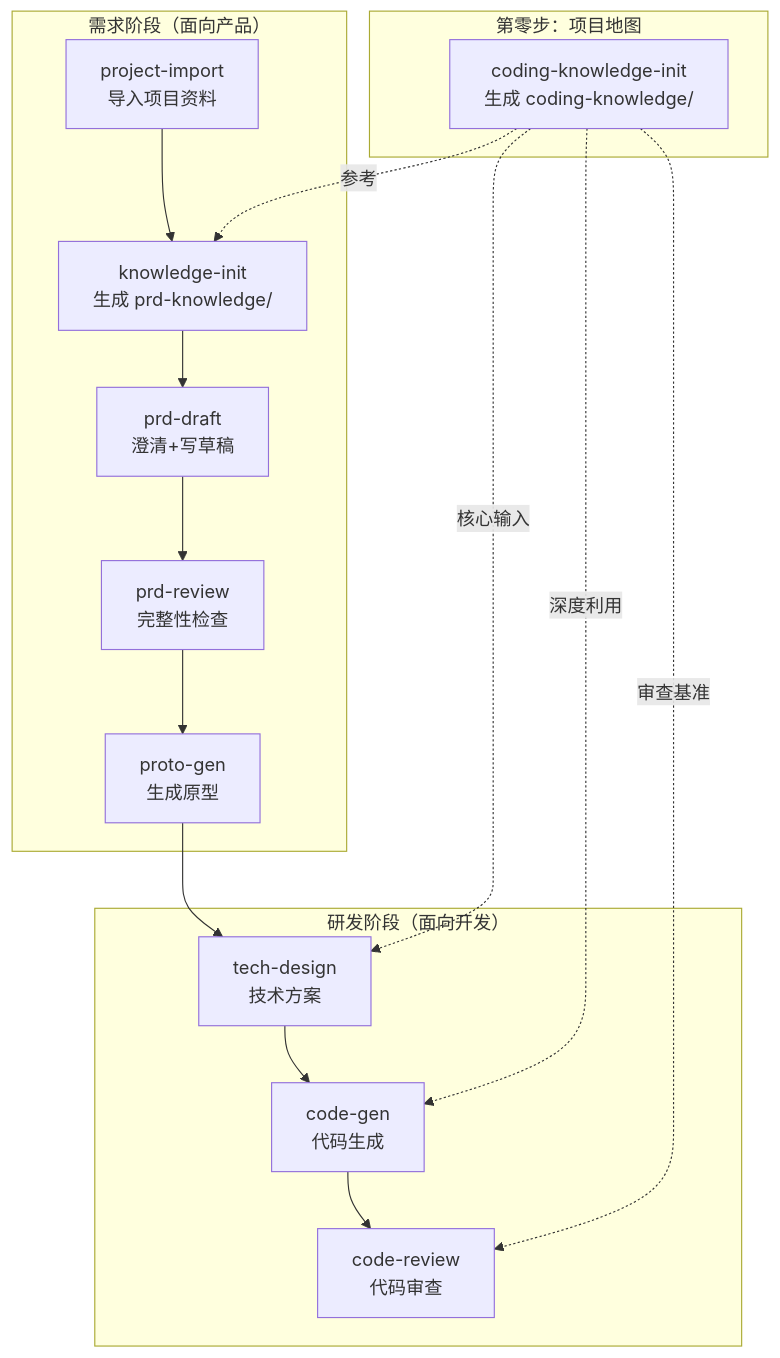
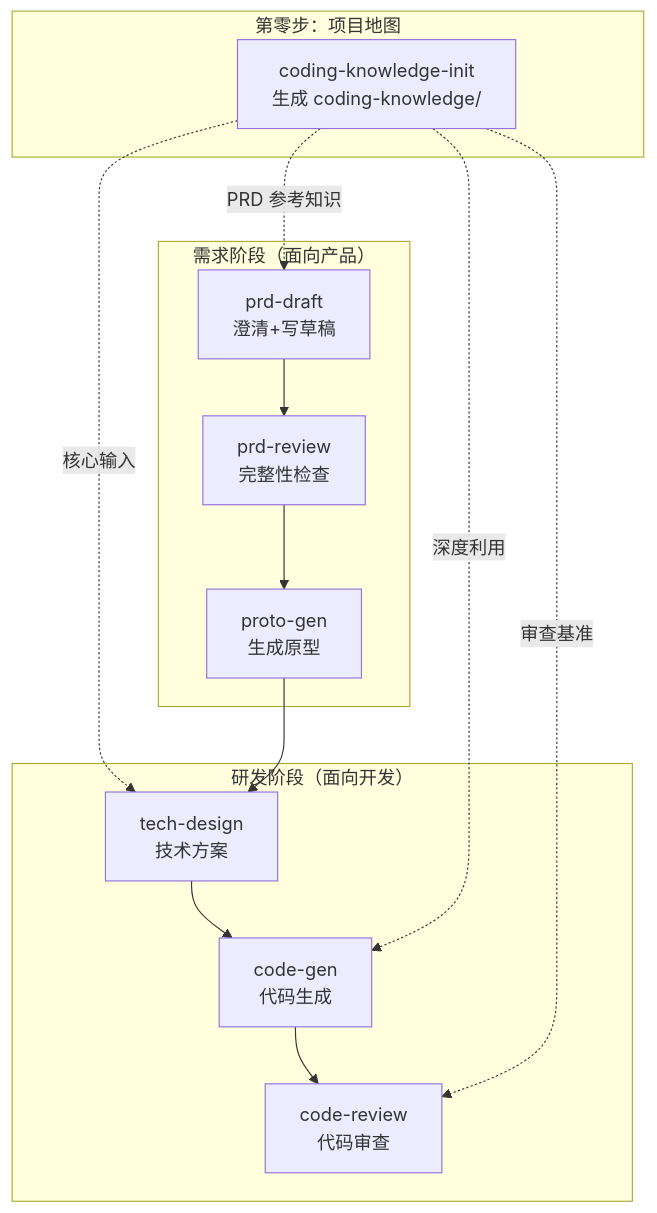
One commit to wuyining0130/c-room changed the diagram in skills/conventions/SKILL.md. Above: the diagram before and after it, drawn with Mermaid. The commit also changed other lines of this file and 16 other files, not shown here.

First line of the commit message:
精简流程：删除 knowledge-init/project-import，拆分超长 SKILL.md

````diff
--- a/skills/conventions/SKILL.md
+++ b/skills/conventions/SKILL.md
@@ -20,26 +20,26 @@
 ```mermaid
 flowchart TD
     subgraph 基础["第零步：项目地图"]
         CKI["coding-knowledge-init<br/>生成 coding-knowledge/"]
     end
 
     subgraph PRD["需求阶段（面向产品）"]
-        PI["project-import<br/>导入项目资料"] --> KI["knowledge-init<br/>生成 prd-knowledge/"]
-        KI --> PD["prd-draft<br/>澄清+写草稿"]
-        PD --> PR["prd-review<br/>完整性检查"]
-        PR --> PG["proto-gen<br/>生成原型"]
+        PD["prd-draft<br/>澄清+写草稿"]
+        PR["prd-review<br/>完整性检查"]
+        PG["proto-gen<br/>生成原型"]
+        PD --> PR --> PG
     end
 
     subgraph DEV["研发阶段（面向开发）"]
         TD_["tech-design<br/>技术方案"]
         CG["code-gen<br/>代码生成"]
         CR["code-review<br/>代码审查"]
         TD_ --> CG --> CR
     end
 
-    CKI -.->|参考| KI
+    CKI -.->|"PRD 参考知识"| PD
     CKI -.->|核心输入| TD_
     PG --> TD_
     CKI -.->|深度利用| CG
     CKI -.->|审查基准| CR
 ```
````
